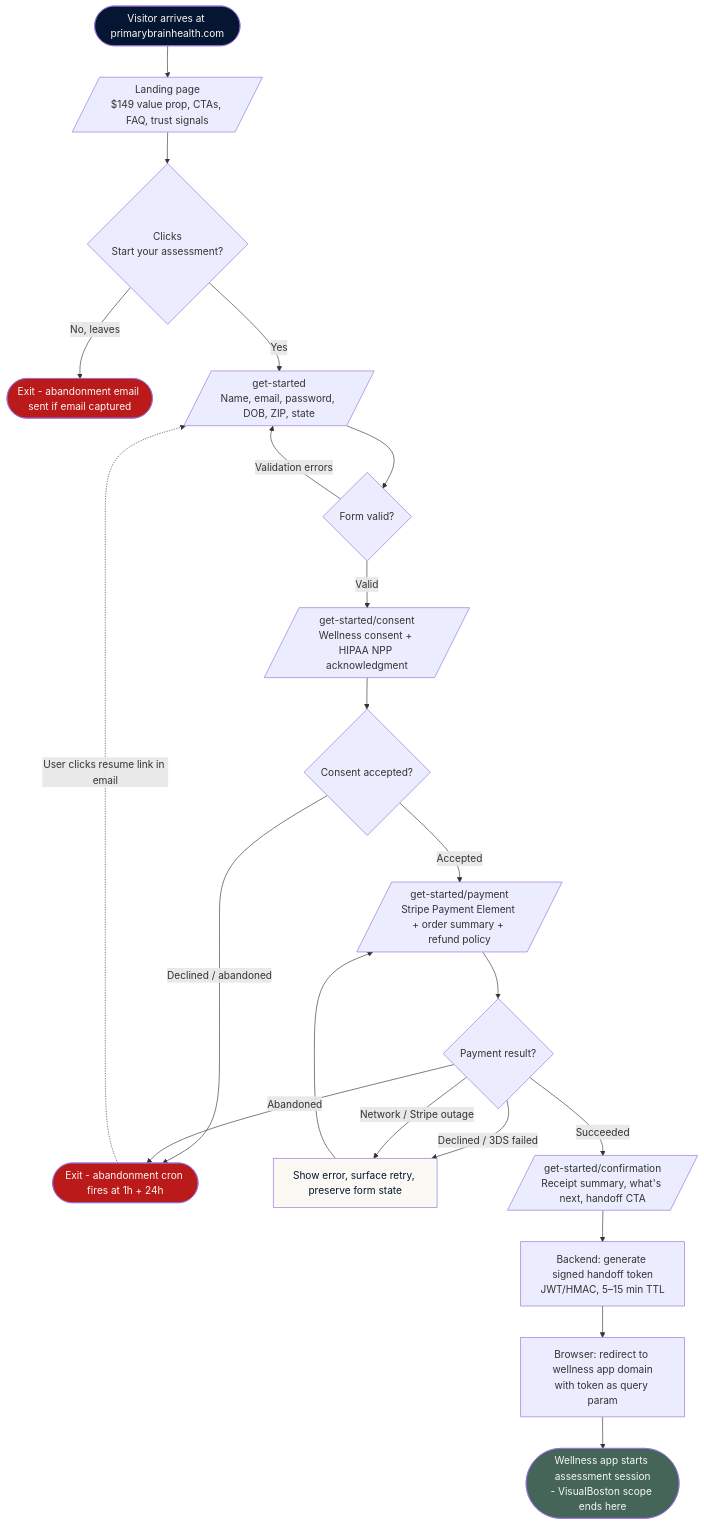
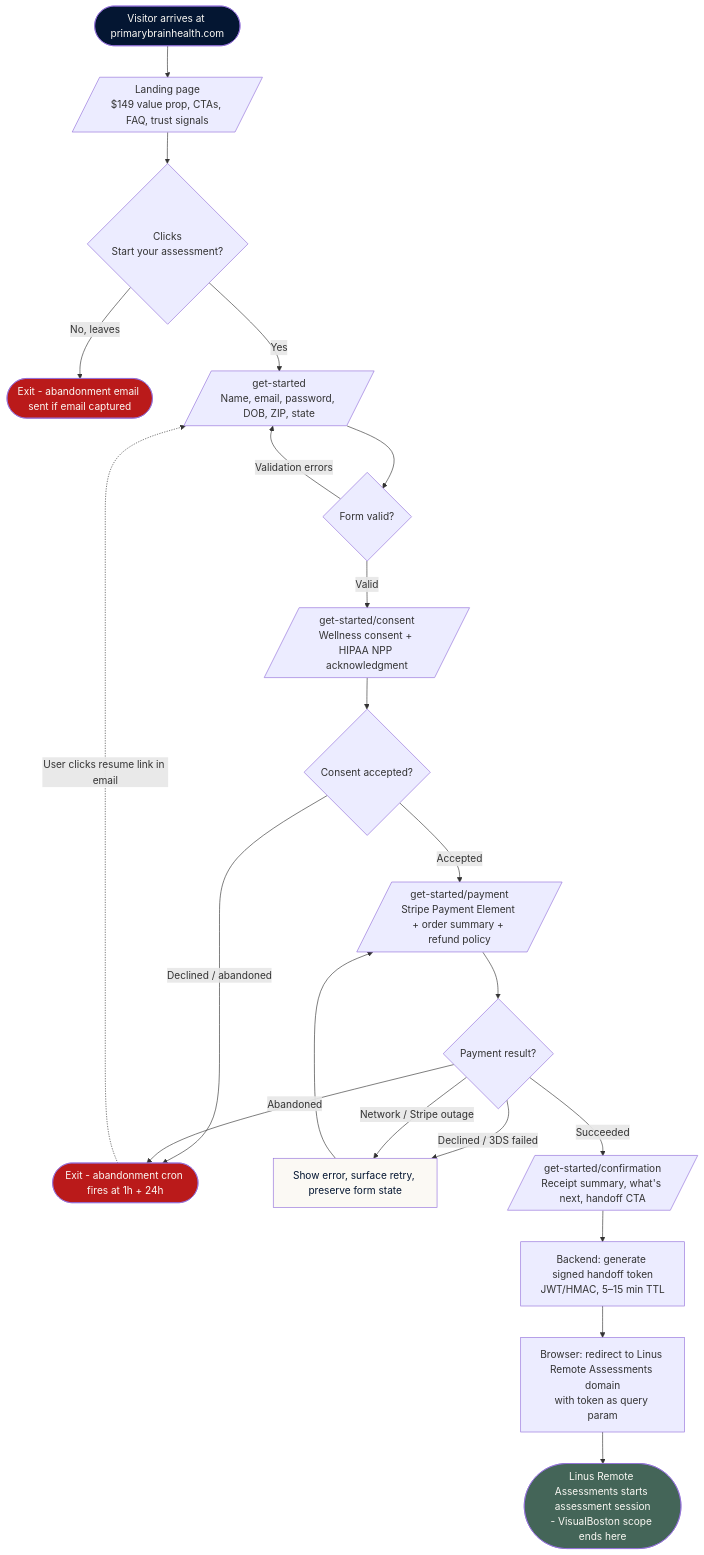
The first of 3 diagrams in docs/sow2/technical/flow-diagrams.md (dbates-commits/primary-brain-health), drawn with Mermaid before and after one commit. The commit also changed other lines of this file and 7 other files, not shown here.

First line of the commit message:
docs(sow2): rename "wellness app" to "Linus Remote Assessments"

````diff
--- a/docs/sow2/technical/flow-diagrams.md
+++ b/docs/sow2/technical/flow-diagrams.md
@@ -17,34 +17,34 @@
 ```mermaid
 flowchart TD
     Start([Visitor arrives at primarybrainhealth.com]) --> Landing[/Landing page<br/>$149 value prop, CTAs, FAQ, trust signals/]
     Landing --> CTAClick{Clicks<br/>Start your assessment?}
     CTAClick -->|No, leaves| Exit1([Exit - abandonment email sent if email captured])
     CTAClick -->|Yes| Signup[/get-started<br/>Name, email, password, DOB, ZIP, state/]
 
     Signup --> SignupValid{Form valid?}
     SignupValid -->|Validation errors| Signup
     SignupValid -->|Valid| Consent[/get-started/consent<br/>Wellness consent + HIPAA NPP acknowledgment/]
 
     Consent --> ConsentAccept{Consent accepted?}
     ConsentAccept -->|Declined / abandoned| Exit2([Exit - abandonment cron fires at 1h + 24h])
     ConsentAccept -->|Accepted| Payment[/get-started/payment<br/>Stripe Payment Element + order summary + refund policy/]
 
     Payment --> PaymentResult{Payment result?}
     PaymentResult -->|Declined / 3DS failed| PaymentError[Show error, surface retry, preserve form state]
     PaymentError --> Payment
     PaymentResult -->|Network / Stripe outage| PaymentError
     PaymentResult -->|Abandoned| Exit2
     PaymentResult -->|Succeeded| Confirm[/get-started/confirmation<br/>Receipt summary, what's next, handoff CTA/]
 
     Confirm --> TokenGen[Backend: generate signed handoff token<br/>JWT/HMAC, 5–15 min TTL]
-    TokenGen --> Redirect[Browser: redirect to wellness app domain<br/>with token as query param]
-    Redirect --> Handoff([Wellness app starts assessment session<br/>- VisualBoston scope ends here])
+    TokenGen --> Redirect[Browser: redirect to Linus Remote Assessments domain<br/>with token as query param]
+    Redirect --> Handoff([Linus Remote Assessments starts assessment session<br/>- VisualBoston scope ends here])
 
     Exit2 -.->|User clicks resume link in email| Signup
 
     style Start fill:#041632,color:#fbf9f4
     style Handoff fill:#446558,color:#fbf9f4
     style Exit1 fill:#ba1a1a,color:#fbf9f4
     style Exit2 fill:#ba1a1a,color:#fbf9f4
     style PaymentError fill:#fbf9f4,color:#041632
 ```
````
